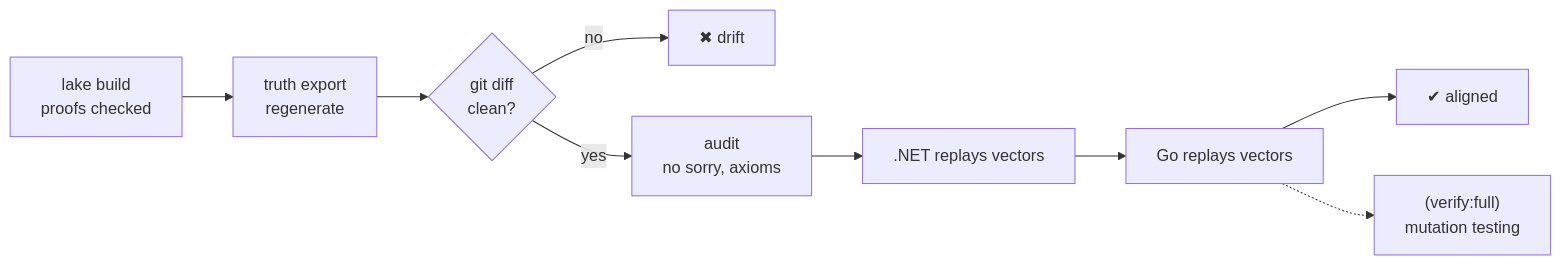
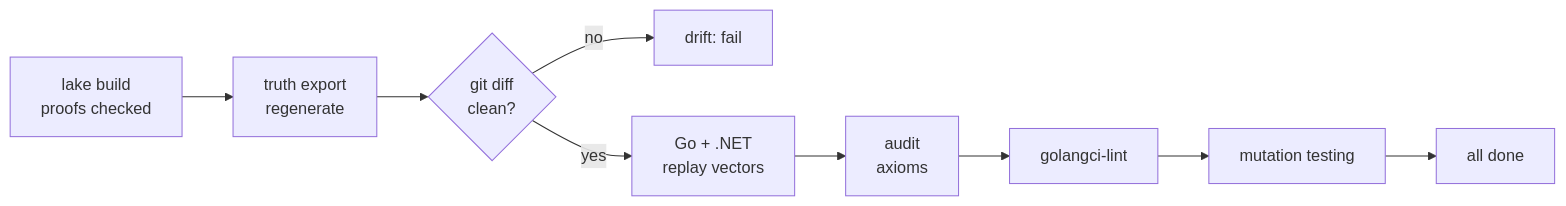
Before and after one commit to miroslav-matejovsky/lean-demo: the diagram in docs/architecture/conformance.md, drawn with Mermaid. The commit also changed other lines of this file and 103 other files, not shown here.

````diff
--- a/docs/architecture/conformance.md
+++ b/docs/architecture/conformance.md
@@ -5,7 +5,6 @@
 ```mermaid
 flowchart LR
     B["lake build<br/>proofs checked"] --> E["truth export<br/>regenerate"] --> D{"git diff<br/>clean?"}
-    D -- no --> F1["✖ drift"]
-    D -- yes --> AU["audit<br/>no sorry, axioms"] --> N[".NET replays vectors"] --> G["Go replays vectors"] --> OK["✔ aligned"]
-    G -.-> MU["(verify:full)<br/>mutation testing"]
+    D -- no --> F1["drift: fail"]
+    D -- yes --> T["Go + .NET<br/>replay vectors"] --> AU["audit<br/>axioms"] --> L["golangci-lint"] --> MU["mutation testing"] --> OK["all done"]
 ```
````
